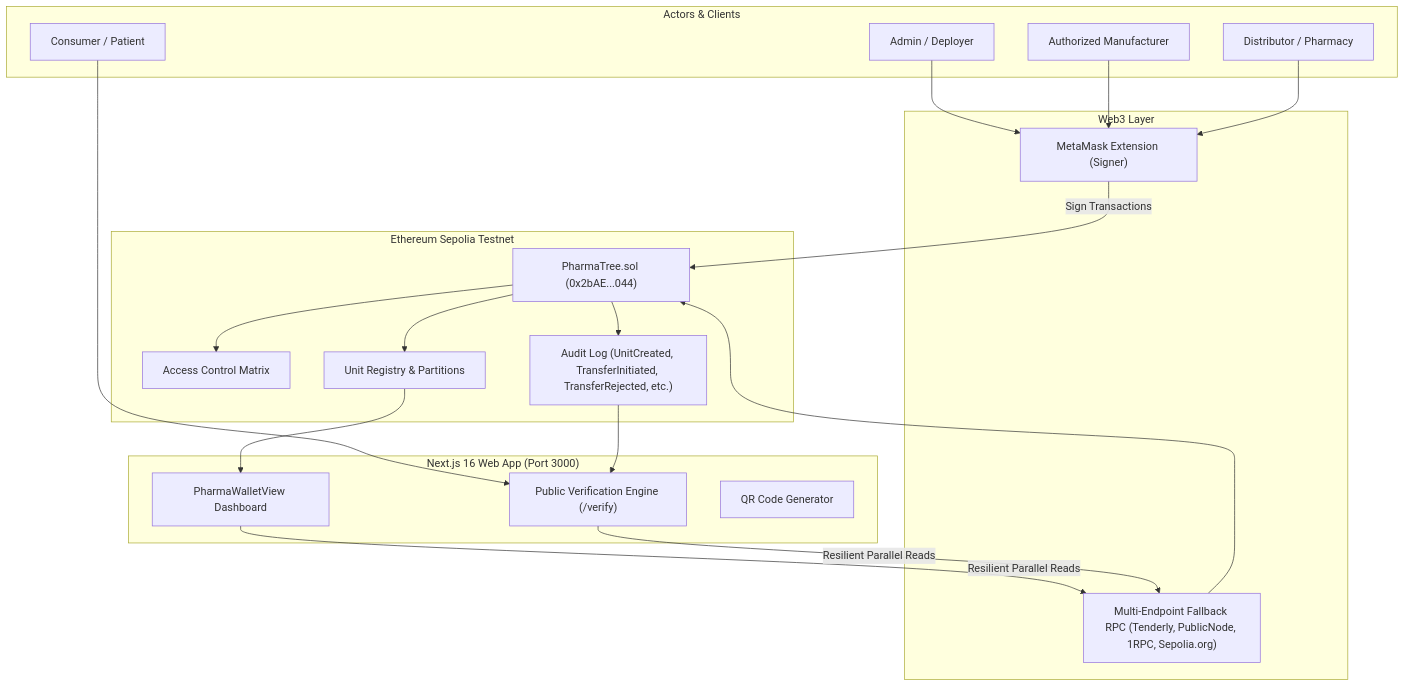
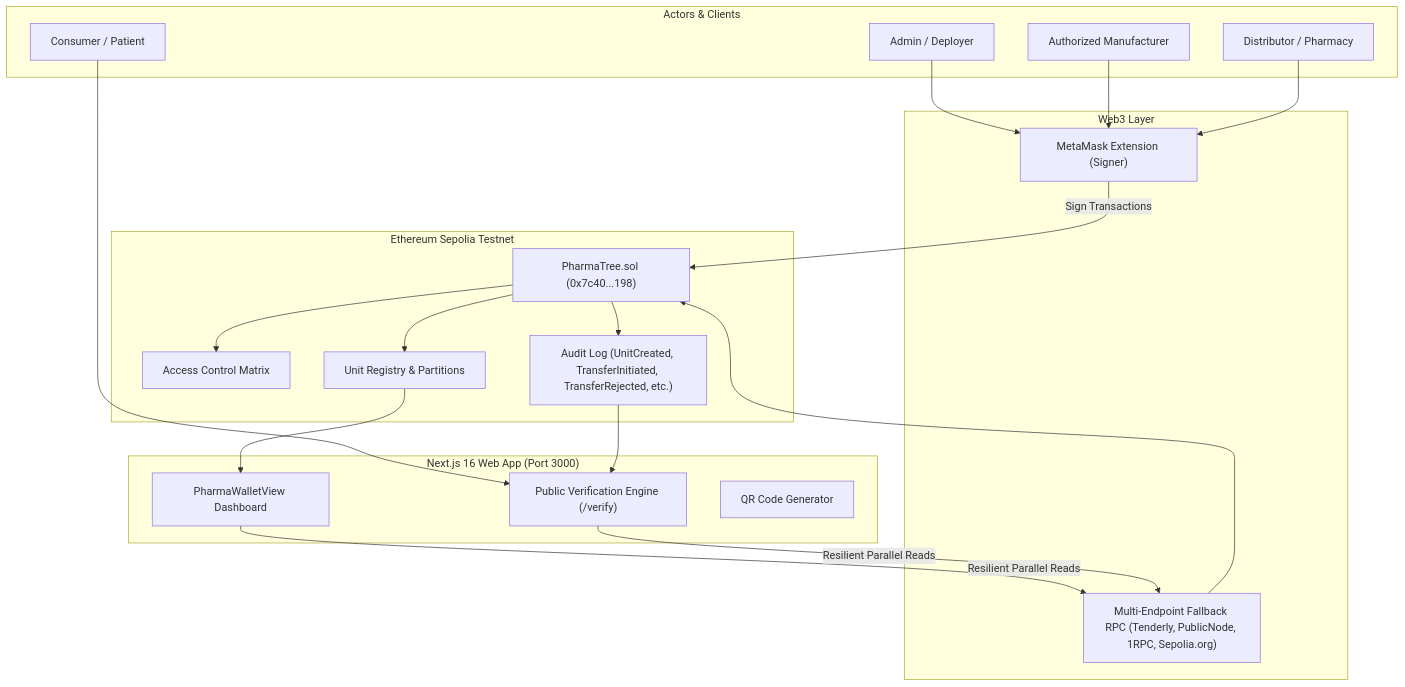
The first of 2 diagrams in README.md (ayonm95/pharmatree), drawn with Mermaid before and after one commit. The commit also changed other lines of this file and 8 other files, not shown here.

````diff
--- a/README.md
+++ b/README.md
@@ -32,36 +33,36 @@
 ```mermaid
 flowchart TD
     subgraph Users["Actors & Clients"]
         Admin["Admin / Deployer"]
         Mfr["Authorized Manufacturer"]
         Handler["Distributor / Pharmacy"]
         Public["Consumer / Patient"]
     end
 
     subgraph Frontend["Next.js 16 Web App (Port 3000)"]
         UI["PharmaWalletView Dashboard"]
         VerifyUI["Public Verification Engine (/verify)"]
         QRGen["QR Code Generator"]
     end
 
     subgraph Web3["Web3 Layer"]
         MetaMask["MetaMask Extension (Signer)"]
         ReadRPC["Multi-Endpoint Fallback RPC (Tenderly, PublicNode, 1RPC, Sepolia.org)"]
     end
 
     subgraph Blockchain["Ethereum Sepolia Testnet"]
-        Contract["PharmaTree.sol (0x2bAE...044)"]
+        Contract["PharmaTree.sol (0x7c40...198)"]
         RBAC["Access Control Matrix"]
         Units["Unit Registry & Partitions"]
         Events["Audit Log (UnitCreated, TransferInitiated, TransferRejected, etc.)"]
     end
 
     Admin & Mfr & Handler --> MetaMask
     Public --> VerifyUI
     MetaMask -->|Sign Transactions| Contract
     UI & VerifyUI -->|Resilient Parallel Reads| ReadRPC
     ReadRPC --> Contract
     Contract --> RBAC & Units & Events
     Units --> UI
     Events --> VerifyUI
 ```
````
